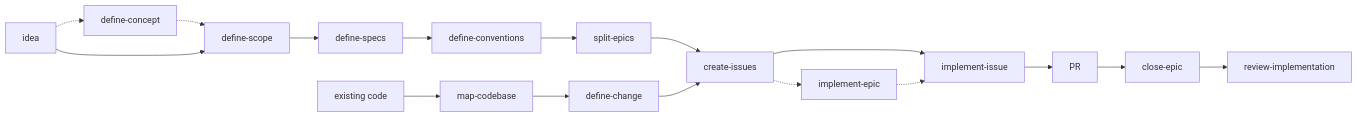
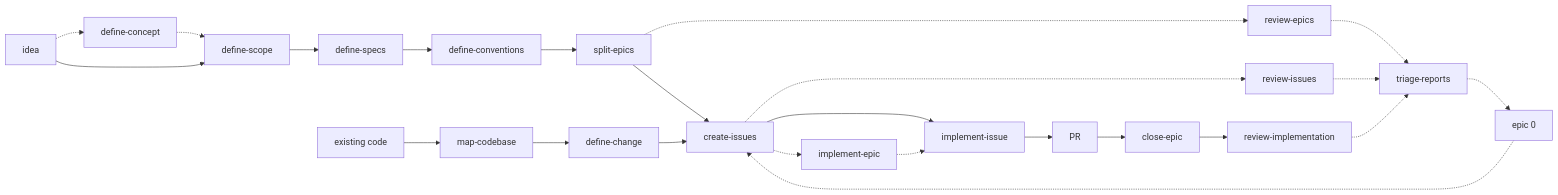
The diagram in docs/pipeline.md (julienlegoux/skills), drawn with Mermaid before and after one commit. The commit also changed other lines of this file and 9 other files, not shown here.

First line of the commit message:
feat: add triage-reports, the converter from review findings to work

````diff
--- a/docs/pipeline.md
+++ b/docs/pipeline.md
@@ -15,22 +15,30 @@
 ```mermaid
 flowchart LR
     A[idea] -.-> A1[define-concept]
     A1 -.-> B
     A --> B[define-scope]
     B --> C[define-specs]
     C --> D[define-conventions]
     D --> E[split-epics]
 
     A2[existing code] --> M[map-codebase]
     M --> N[define-change]
 
     E --> F[create-issues]
     N --> F
     F --> G[implement-issue]
     G --> H[PR]
     F -.-> I[implement-epic]
     I -.-> G
 
     H --> J[close-epic]
     J --> K[review-implementation]
+
+    E -.-> R1[review-epics]
+    F -.-> R2[review-issues]
+    R1 -.-> T[triage-reports]
+    R2 -.-> T
+    K -.-> T
+    T -.-> E0[epic 0]
+    E0 -.-> F
 ```
````
